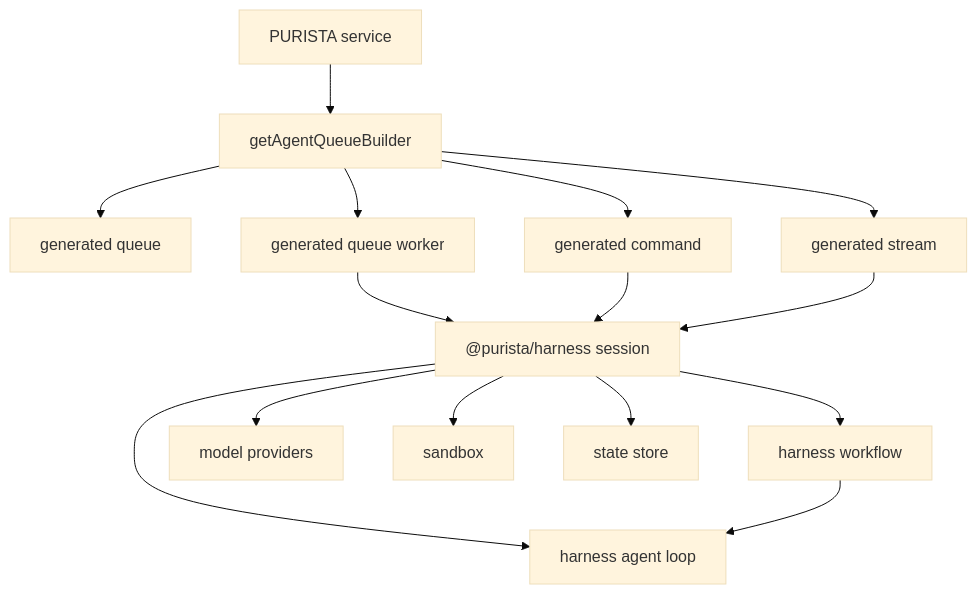
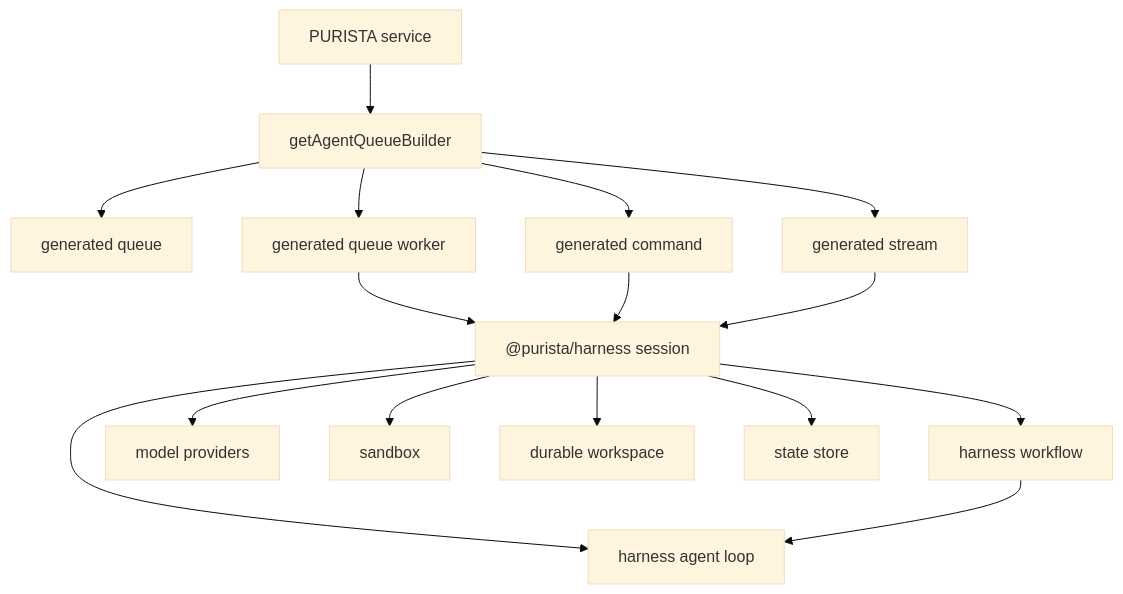
Before and after one commit to puristajs/purista: the diagram in web/src/content/handbook/2_building_business-logic/ai/index.md, drawn with Mermaid (base theme). The commit also changed other lines of this file and 38 other files, not shown here.

First line of the commit message:
feat: integrate agent runtime skills and durable workspace policy (#311)

````diff
--- a/web/src/content/handbook/2_building_business-logic/ai/index.md
+++ b/web/src/content/handbook/2_building_business-logic/ai/index.md
@@ -48,17 +48,18 @@
 ```mermaid
 flowchart TD
   Service["PURISTA service"] --> AgentBuilder["getAgentQueueBuilder"]
   AgentBuilder --> Queue["generated queue"]
   AgentBuilder --> Worker["generated queue worker"]
   AgentBuilder --> Command["generated command"]
   AgentBuilder --> Stream["generated stream"]
   Worker --> Harness["@purista/harness session"]
   Command --> Harness
   Stream --> Harness
   Harness --> InnerAgent["harness agent loop"]
   Harness --> InnerWorkflow["harness workflow"]
   InnerWorkflow --> InnerAgent
   Harness --> Models["model providers"]
   Harness --> Sandbox["sandbox"]
+  Harness --> Workspace["durable workspace"]
   Harness --> State["state store"]
 ```
````
